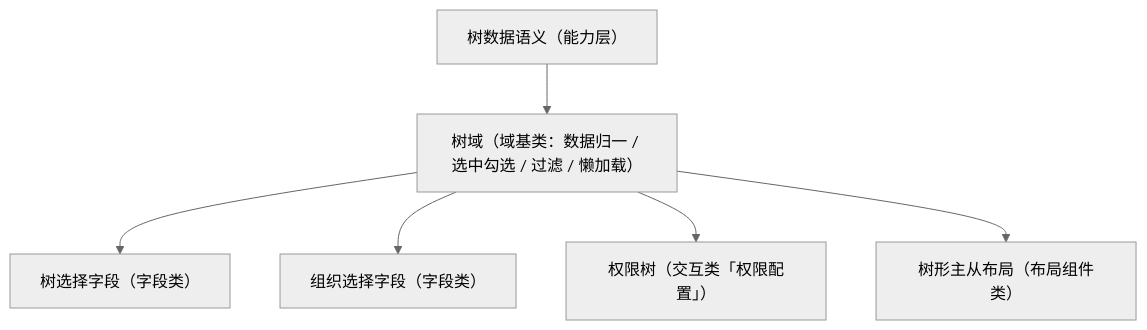
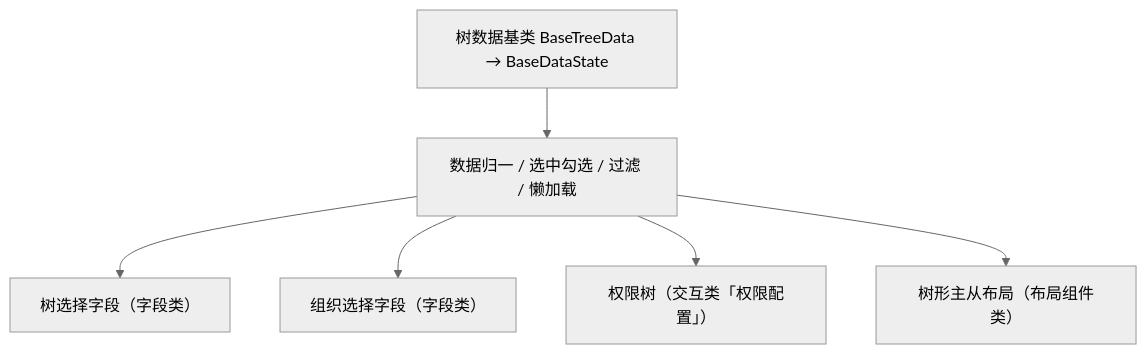
The diagram in bms文档/设计/组件设计/02_基础组件类/03_域基类/03_组件设计_树域基类/03_组件设计_树域基类.md (minjian123/basic-management-system), drawn with Mermaid (neutral theme) before and after one commit. The commit also changed other lines of this file and 126 other files, not shown here.

````diff
--- a/bms文档/设计/组件设计/02_基础组件类/03_域基类/03_组件设计_树域基类/03_组件设计_树域基类.md
+++ b/bms文档/设计/组件设计/02_基础组件类/03_域基类/03_组件设计_树域基类/03_组件设计_树域基类.md
@@ -16,8 +16,8 @@
 ```mermaid
 flowchart TD
-    U["树数据语义（能力层）"] --> B["树域（域基类：数据归一 / 选中勾选 / 过滤 / 懒加载）"]
+    U["树数据基类 BaseTreeData → BaseDataState"] --> B["数据归一 / 选中勾选 / 过滤 / 懒加载"]
     B --> T1["树选择字段（字段类）"]
     B --> T2["组织选择字段（字段类）"]
     B --> T3["权限树（交互类「权限配置」）"]
     B --> T4["树形主从布局（布局组件类）"]
 ```
````
